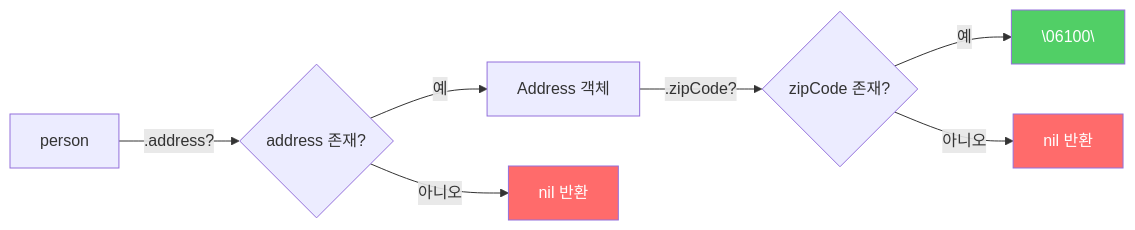
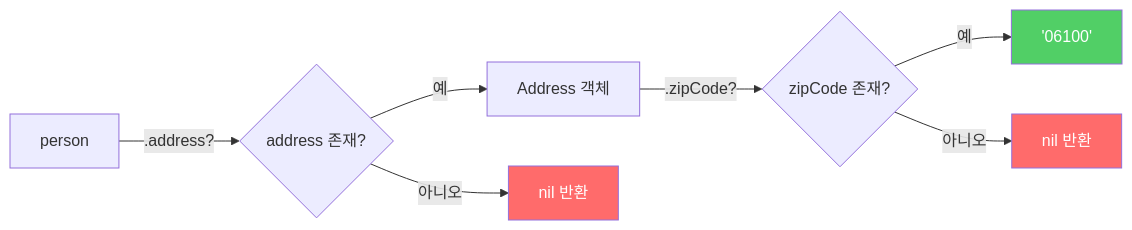
The third of 3 diagrams in 01-swift-basics/06-optionals.md (jsonpassion/forge-tutorial-swift), drawn with Mermaid before and after one commit. The commit also changed other lines of this file and 69 other files, not shown here.

````diff
--- a/01-swift-basics/06-optionals.md
+++ b/01-swift-basics/06-optionals.md
@@ -158,12 +158,12 @@
 ```mermaid
 flowchart LR
     A["person"] -->|".address?"| B{"address 존재?"}
     B -- 예 --> C["Address 객체"]
     B -- 아니오 --> NIL1["nil 반환"]
     C -->|".zipCode?"| D{"zipCode 존재?"}
-    D -- 예 --> E["\"06100\""]
+    D -- 예 --> E["'06100'"]
     D -- 아니오 --> NIL2["nil 반환"]
     style NIL1 fill:#ff6b6b,color:#fff
     style NIL2 fill:#ff6b6b,color:#fff
     style E fill:#51cf66,color:#fff
 ```
````
